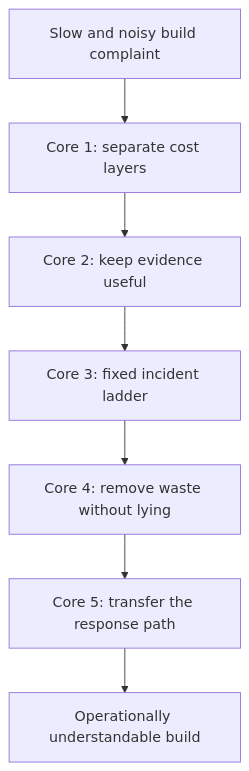
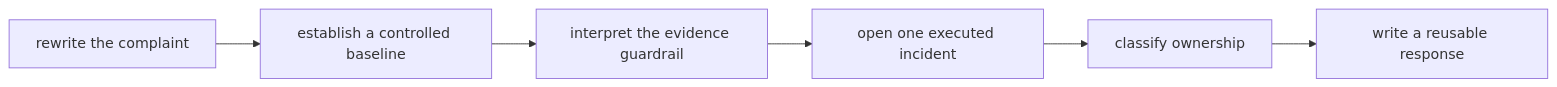
One commit to bijux/bijux-masterclass changed the second of 2 diagrams in programs/reproducible-research/deep-dive-make/course-book/module-09-performance-observability-incident-response/worked-example-investigating-a-slow-and-noisy-build.md. Above: the diagram before and after it, drawn with Mermaid. The commit also changed other lines of this file, not shown here.

Commit message:
docs(make): make the module 9 incident runnable

````diff
--- a/programs/reproducible-research/deep-dive-make/course-book/module-09-performance-observability-incident-response/worked-example-investigating-a-slow-and-noisy-build.md
+++ b/programs/reproducible-research/deep-dive-make/course-book/module-09-performance-observability-incident-response/worked-example-investigating-a-slow-and-noisy-build.md
@@ -273,9 +18,8 @@
 ```mermaid
-flowchart TD
-  symptom["Slow and noisy build complaint"] --> measure["Core 1: separate cost layers"]
-  measure --> observe["Core 2: keep evidence useful"]
-  observe --> triage["Core 3: fixed incident ladder"]
-  triage --> tune["Core 4: remove waste without lying"]
-  tune --> runbook["Core 5: transfer the response path"]
-  runbook --> result["Operationally understandable build"]
+flowchart LR
+  claim["rewrite the complaint"] --> baseline["establish a controlled baseline"]
+  baseline --> guardrail["interpret the evidence guardrail"]
+  guardrail --> incident["open one executed incident"]
+  incident --> classify["classify ownership"]
+  classify --> runbook["write a reusable response"]
 ```
````
